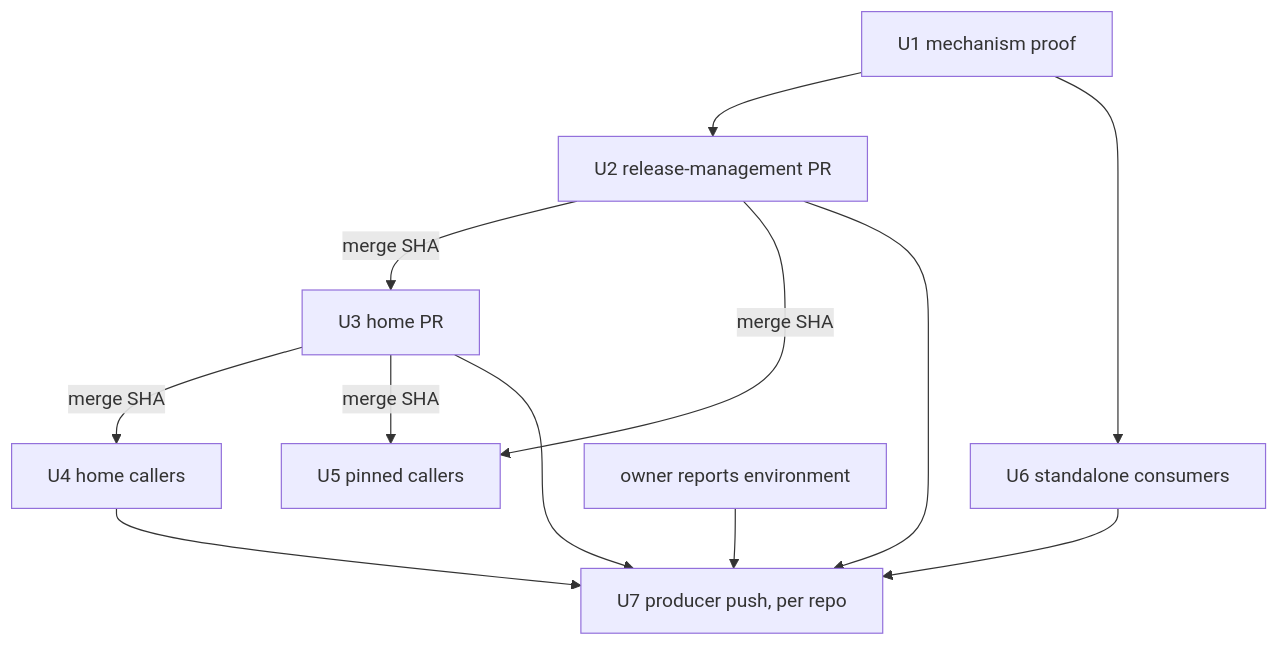
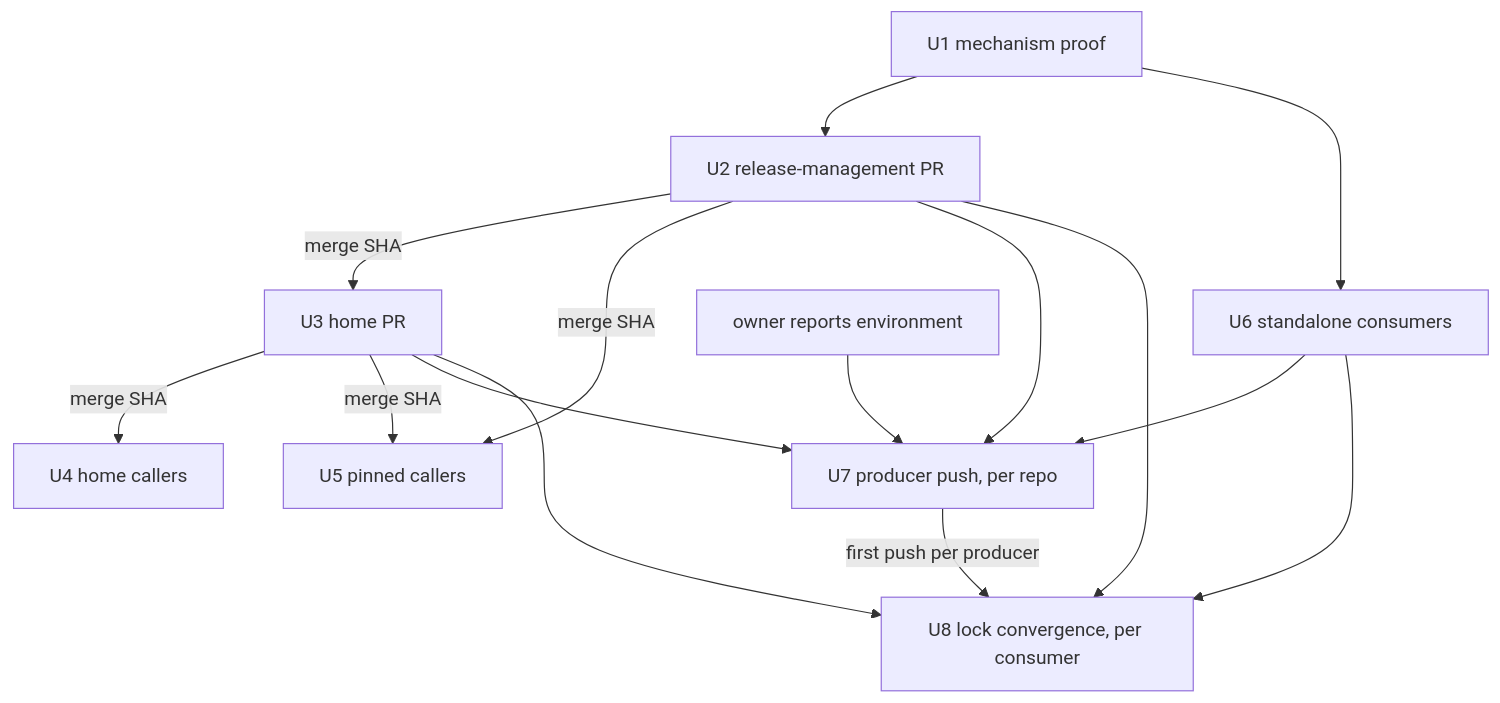
One commit to systemfsoftware/systemfsoftware changed the diagram in docs/plans/2026-11-10-0245-ci-public-nix-cache-rollout-plan.md. Above: the diagram before and after it, drawn with Mermaid. The commit also changed other lines of this file, not shown here.

````diff
--- a/docs/plans/2026-11-10-0245-ci-public-nix-cache-rollout-plan.md
+++ b/docs/plans/2026-11-10-0245-ci-public-nix-cache-rollout-plan.md
@@ -153,14 +159,17 @@
 ```mermaid
 flowchart TB
   U1[U1 mechanism proof] --> U2[U2 release-management PR]
   U2 -->|merge SHA| U3[U3 home PR]
   U2 -->|merge SHA| U5[U5 pinned callers]
   U3 -->|merge SHA| U4[U4 home callers]
   U3 -->|merge SHA| U5
   U1 --> U6[U6 standalone consumers]
+  U2 --> U7[U7 producer push, per repo]
+  U3 --> U7
   U6 --> U7
-  U4 --> U7
-  U3 --> U7
-  U2 --> U7[U7 producer push, per repo]
   OWN[owner reports environment] --> U7
+  U2 --> U8[U8 lock convergence, per consumer]
+  U3 --> U8
+  U6 --> U8
+  U7 -->|first push per producer| U8
 ```
````
